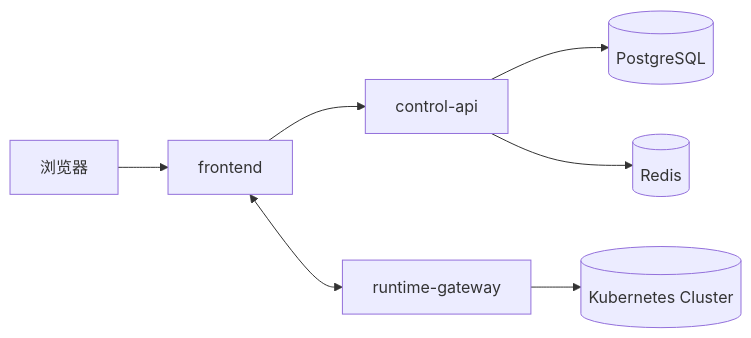
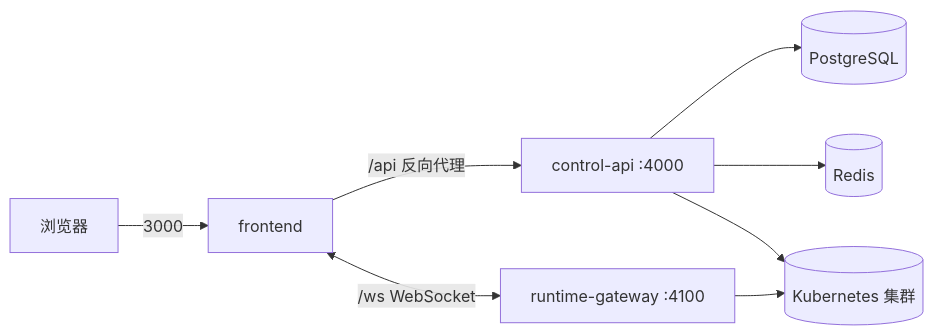
Before and after one commit to feize666/kubenova: the diagram in README.md, drawn with Mermaid. The commit also changed other lines of this file and 4 other files, not shown here.

````diff
--- a/README.md
+++ b/README.md
@@ -20,9 +20,10 @@
 ```mermaid
 flowchart LR
-  U[浏览器] --> F[frontend]
-  F --> A[control-api]
-  F <--> G[runtime-gateway]
+  U[浏览器] -->|3000| F[frontend]
+  F -->|/api 反向代理| A[control-api :4000]
+  F <-->|/ws WebSocket| G[runtime-gateway :4100]
   A --> P[(PostgreSQL)]
   A --> R[(Redis)]
-  G --> K[(Kubernetes Cluster)]
+  G --> K[(Kubernetes 集群)]
+  A --> K
 ```
````
